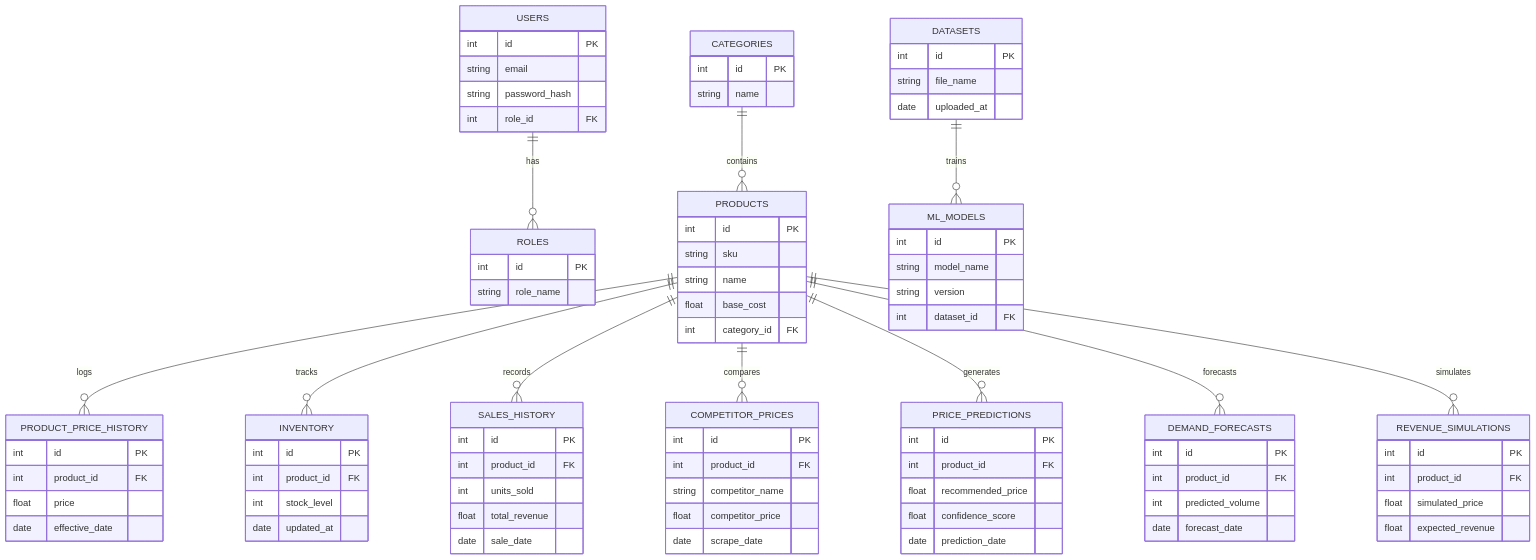
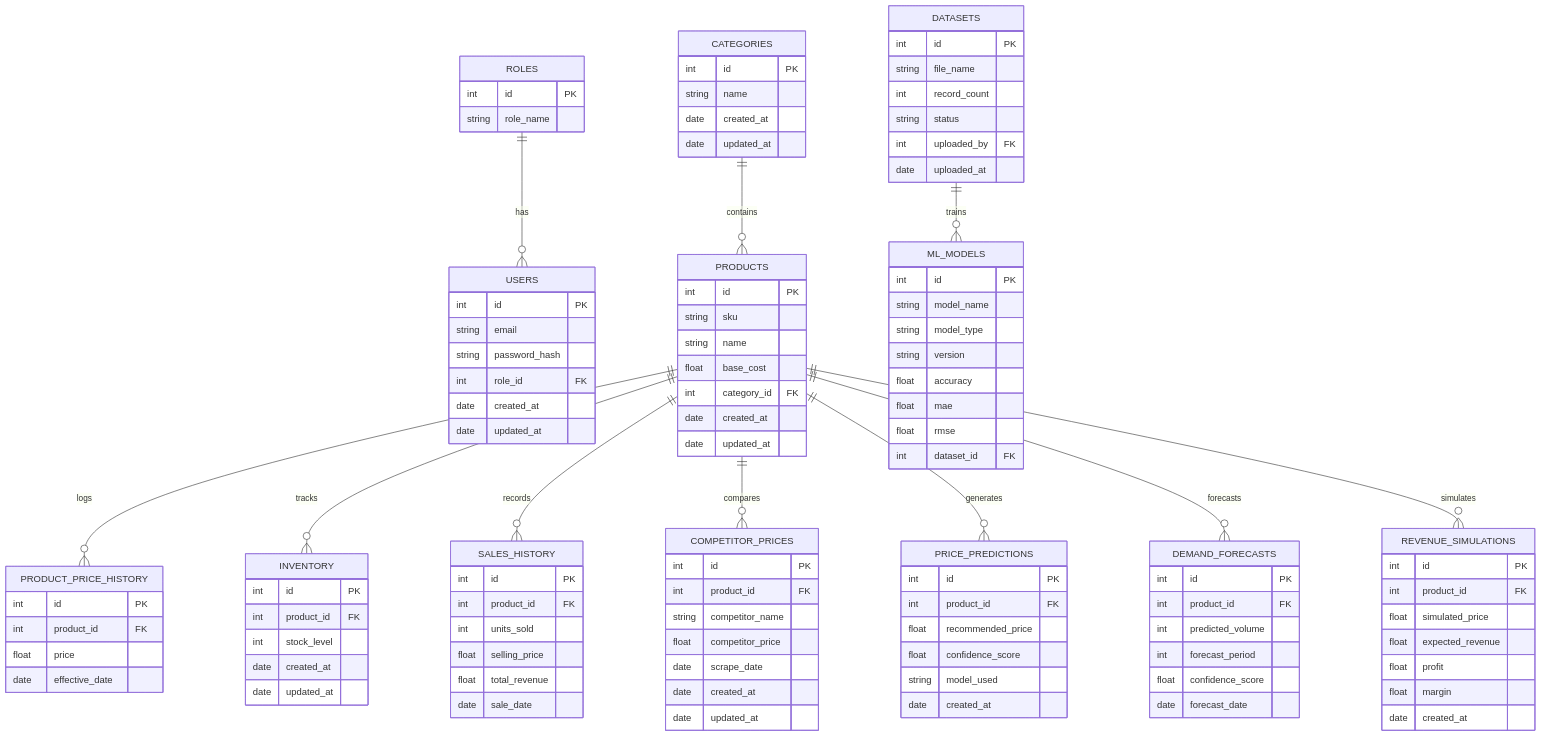
Before and after one commit to KMohammedsadiq/Dynamic-Pricing-Optimization-and-Revenue-Intelligence-Platform-K_Mohammad_Sadik: the second of 3 diagrams in docs/06_Database_Design.md, drawn with Mermaid. The commit also changed other lines of this file, not shown here.

````diff
--- a/docs/06_Database_Design.md
+++ b/docs/06_Database_Design.md
@@ -33,6 +44,6 @@
 ```mermaid
 erDiagram
-    USERS ||--o{ ROLES : has
+    ROLES ||--o{ USERS : has
     ROLES {
         int id PK
         string role_name
@@ -42,12 +53,16 @@
         string email
         string password_hash
         int role_id FK
+        date created_at
+        date updated_at
     }
 
     CATEGORIES ||--o{ PRODUCTS : contains
     CATEGORIES {
         int id PK
         string name
+        date created_at
+        date updated_at
     }
 
     PRODUCTS {
@@ -56,6 +71,8 @@
         string name
         float base_cost
         int category_id FK
+        date created_at
+        date updated_at
     }
 
     PRODUCTS ||--o{ PRODUCT_PRICE_HISTORY : logs
@@ -71,6 +88,7 @@
         int id PK
         int product_id FK
         int stock_level
+        date created_at
         date updated_at
     }
 
@@ -79,6 +97,7 @@
         int id PK
         int product_id FK
         int units_sold
+        float selling_price
         float total_revenue
         date sale_date
     }
@@ -90,6 +109,8 @@
         string competitor_name
         float competitor_price
         date scrape_date
+        date created_at
+        date updated_at
     }
 
     PRODUCTS ||--o{ PRICE_PREDICTIONS : generates
@@ -98,7 +119,8 @@
         int product_id FK
         float recommended_price
         float confidence_score
-        date prediction_date
+        string model_used
+        date created_at
     }
 
     PRODUCTS ||--o{ DEMAND_FORECASTS : forecasts
@@ -106,6 +128,8 @@
         int id PK
         int product_id FK
         int predicted_volume
+        int forecast_period
+        float confidence_score
         date forecast_date
     }
 
@@ -115,19 +139,29 @@
         int product_id FK
         float simulated_price
         float expected_revenue
+        float profit
+        float margin
+        date created_at
     }
     
     DATASETS ||--o{ ML_MODELS : trains
     DATASETS {
         int id PK
         string file_name
+        int record_count
+        string status
+        int uploaded_by FK
         date uploaded_at
     }
     
     ML_MODELS {
         int id PK
         string model_name
+        string model_type
         string version
+        float accuracy
+        float mae
+        float rmse
         int dataset_id FK
     }
 ```
````
